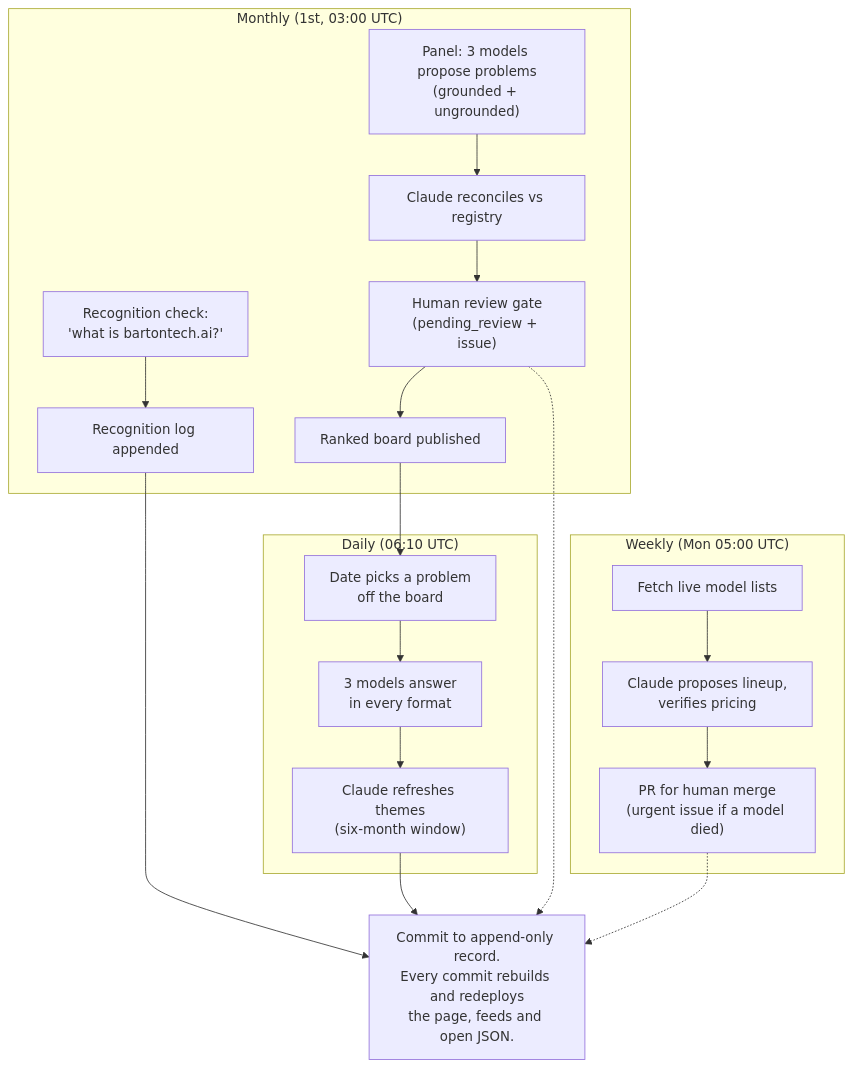
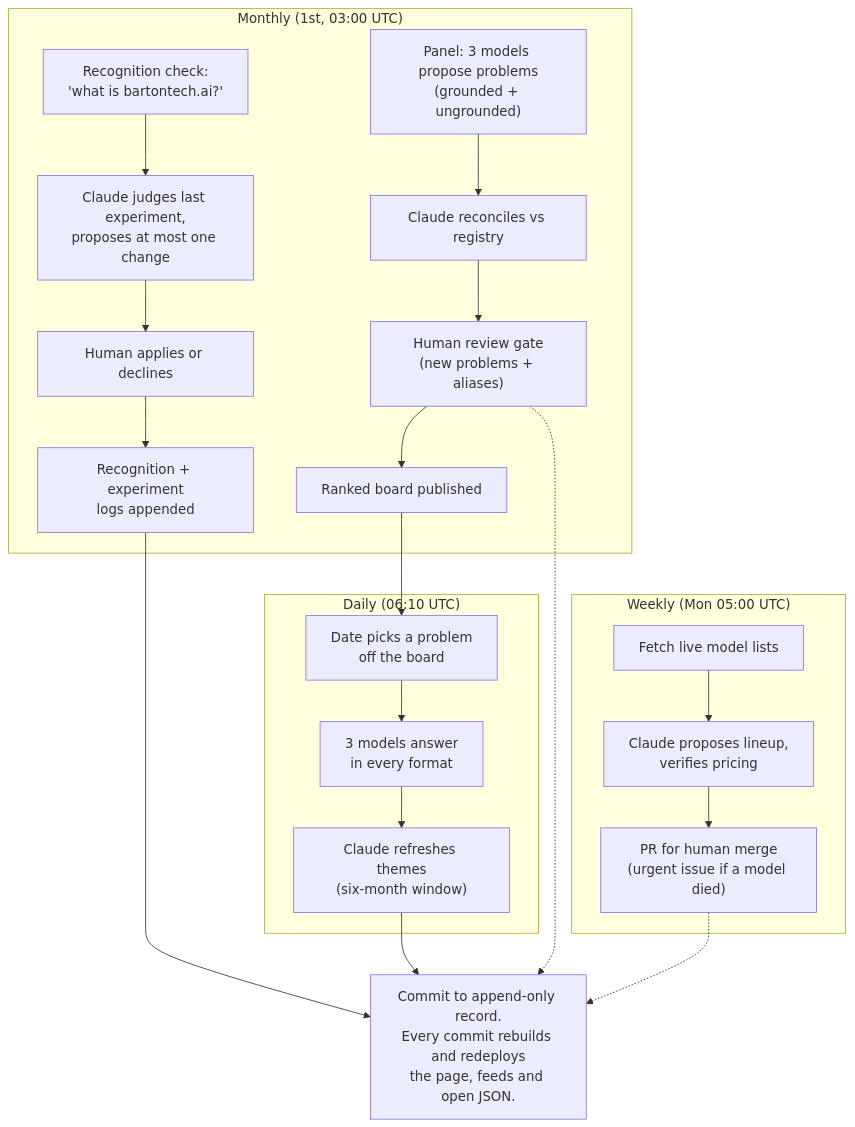
The diagram in README.md (Barton-Tech/bartontech.ai), drawn with Mermaid before and after one commit. The commit also changed other lines of this file and 27 other files, not shown here.

````diff
--- a/README.md
+++ b/README.md
@@ -39,22 +43,24 @@
 ```mermaid
 flowchart TB
   subgraph monthly["Monthly (1st, 03:00 UTC)"]
     P["Panel: 3 models propose problems<br/>(grounded + ungrounded)"] --> R["Claude reconciles vs registry"]
-    R --> G["Human review gate<br/>(pending_review + issue)"]
+    R --> G["Human review gate<br/>(new problems + aliases)"]
     G --> B["Ranked board published"]
-    REC["Recognition check:<br/>'what is bartontech.ai?'"] --> LOG["Recognition log appended"]
+    REC["Recognition check:<br/>'what is bartontech.ai?'"] --> EXP["Claude judges last experiment,<br/>proposes at most one change"]
+    EXP --> HUM["Human applies or declines"]
+    HUM --> LOG["Recognition + experiment<br/>logs appended"]
   end
   subgraph daily["Daily (06:10 UTC)"]
     ROT["Date picks a problem<br/>off the board"] --> ANS["3 models answer<br/>in every format"]
     ANS --> TH["Claude refreshes themes<br/>(six-month window)"]
   end
   subgraph weekly["Weekly (Mon 05:00 UTC)"]
     ML["Fetch live model lists"] --> PROP["Claude proposes lineup,<br/>verifies pricing"]
     PROP --> PR["PR for human merge<br/>(urgent issue if a model died)"]
   end
   B --> ROT
   LOG --> SITE["Commit to append-only record.<br/>Every commit rebuilds and redeploys<br/>the page, feeds and open JSON."]
   TH --> SITE
   G -.-> SITE
   PR -.-> SITE
 ```
````
